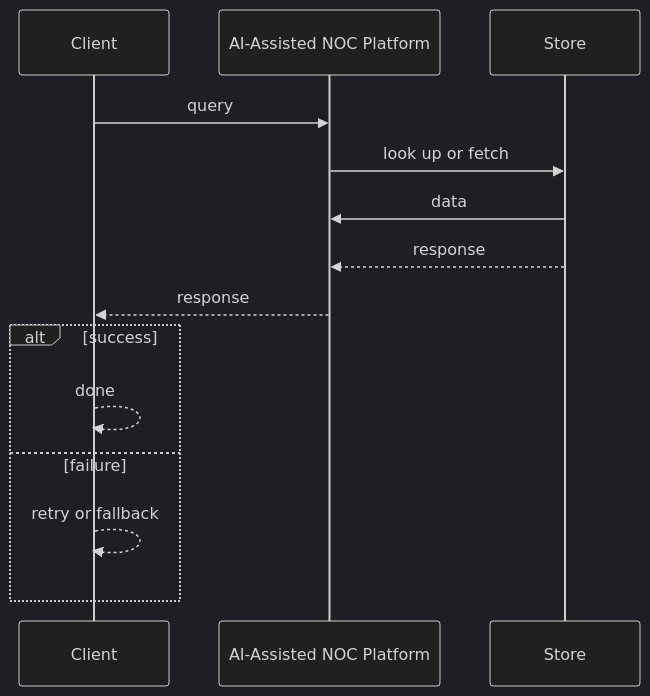
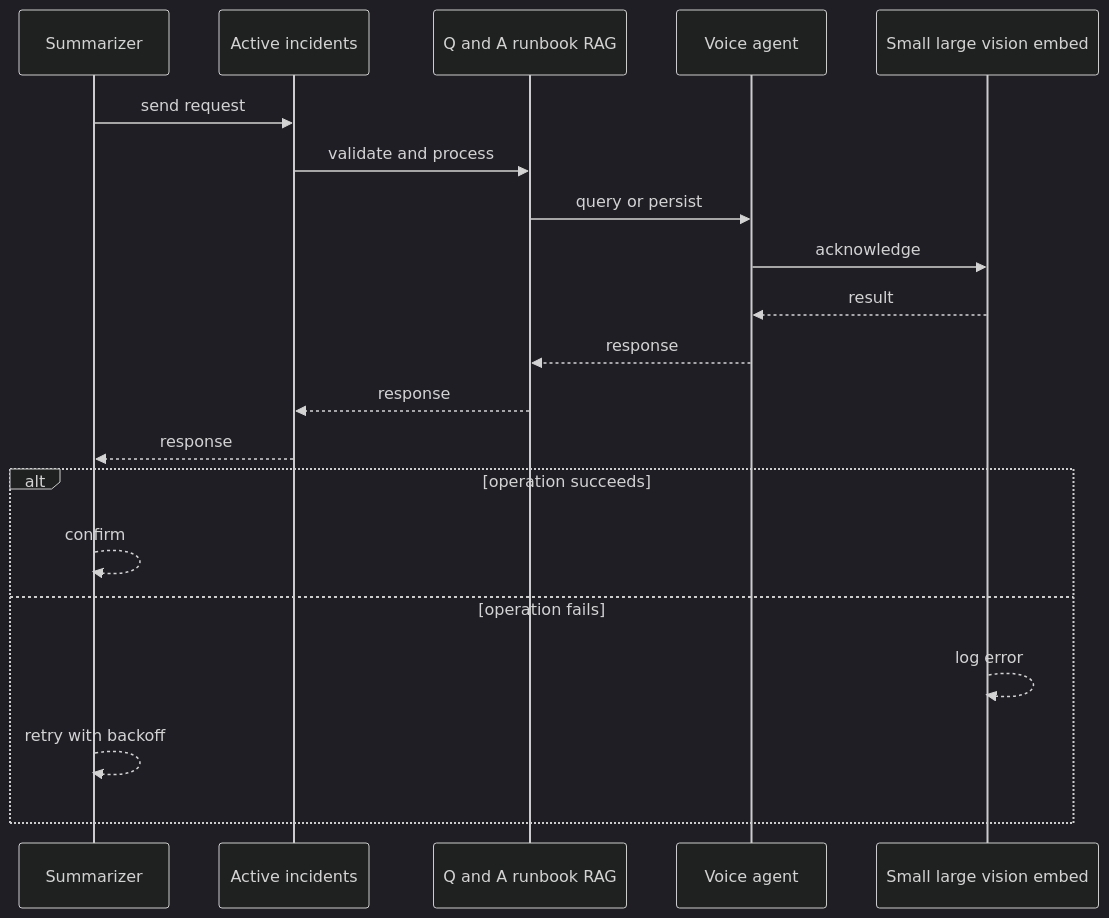
The second of 4 diagrams in case-studies/network-ai-systems/ai-assisted-noc.md (RIT-MESH/system-design-mastery), drawn with Mermaid (dark theme) before and after one commit. The commit also changed other lines of this file and 64 other files, not shown here.

````diff
--- a/case-studies/network-ai-systems/ai-assisted-noc.md
+++ b/case-studies/network-ai-systems/ai-assisted-noc.md
@@ -86,17 +74,23 @@
 ```mermaid
 %% created-for: system-design-mastery
 sequenceDiagram
-  participant P0 as Client
-  participant P1 as AI-Assisted NOC Platform
-  participant P2 as Store
-  P0 ->> P1: query
-  P1 ->> P2: look up or fetch
-  P2 ->> P1: data
-  P2 -->> P1: response
-  P1 -->> P0: response
-  alt success
-    P0 -->> P0: done
-  else failure
-    P0 -->> P0: retry or fallback
+  participant C0 as Summarizer
+  participant C1 as Active incidents
+  participant C2 as Q and A runbook RAG
+  participant C3 as Voice agent
+  participant C4 as Small large vision embed
+  C0 ->> C1: send request
+  C1 ->> C2: validate and process
+  C2 ->> C3: query or persist
+  C3 ->> C4: acknowledge
+  C4 -->> C3: result
+  C3 -->> C2: response
+  C2 -->> C1: response
+  C1 -->> C0: response
+  alt operation succeeds
+    C0 -->> C0: confirm
+  else operation fails
+    C4 -->> C4: log error
+    C0 -->> C0: retry with backoff
   end
 ```
````
